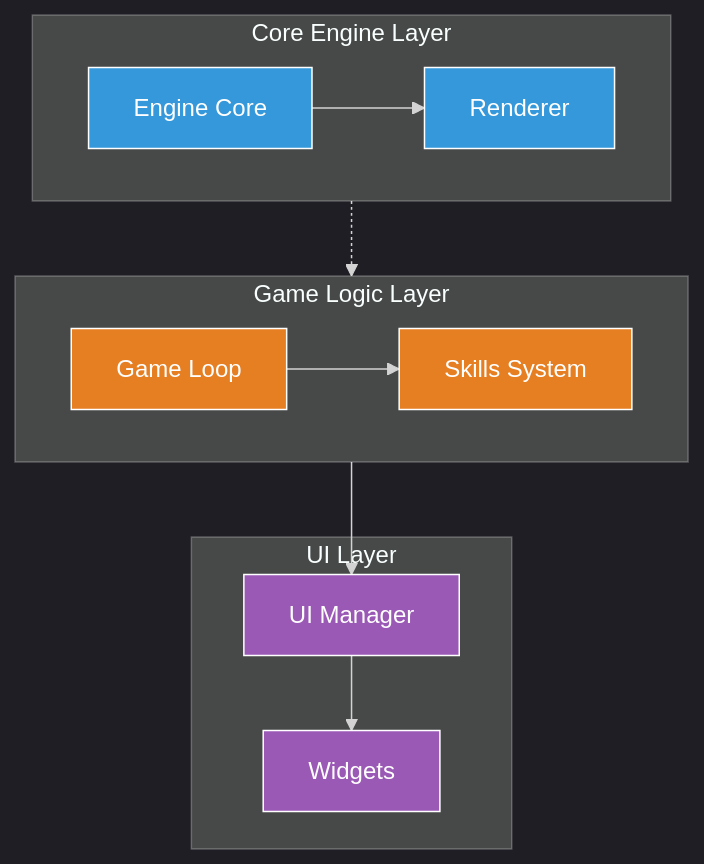
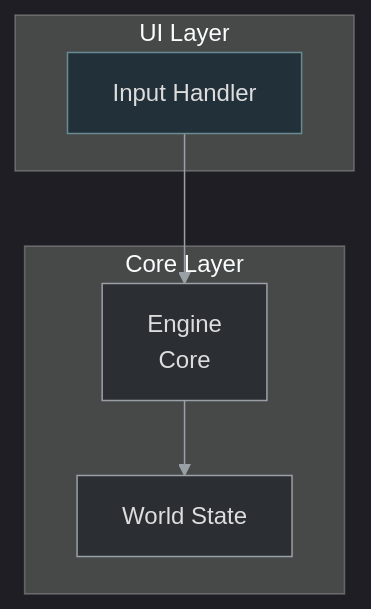
Before and after one commit to lukaszj321/otcv8-dev: the sixth of 6 diagrams in docs/authoring/_instructions/diagram_system/02_VISUAL_GUIDELINES.md, drawn with Mermaid. The commit also changed other lines of this file, not shown here.

First line of the commit message:
Revise visual guidelines for Mermaid diagrams

````diff
--- a/docs/authoring/_instructions/diagram_system/02_VISUAL_GUIDELINES.md
+++ b/docs/authoring/_instructions/diagram_system/02_VISUAL_GUIDELINES.md
@@ -292,36 +223,20 @@
 ```mermaid
-%%{init: {'theme':'dark','securityLevel':'loose'}}%%
+%%{init: {'theme':'dark','themeVariables': {'primaryTextColor':'#ddd','lineColor':'#9aa0a6'}, 'securityLevel':'loose'}}%%
 graph TD
-    subgraph "Core Engine Layer"
-        direction LR
-        Engine["Engine Core"]
-        Renderer["Renderer"]
-    end
-    
-    subgraph "Game Logic Layer"
-        direction LR
-        GameLoop["Game Loop"]
-        Skills["Skills System"]
-    end
-    
-    subgraph "UI Layer"
-        UIManager["UI Manager"]
-        Widgets["Widgets"]
-    end
-    
-    Engine --> Renderer
-    Renderer -.-> GameLoop
-    GameLoop --> Skills
-    Skills --> UIManager
-    UIManager --> Widgets
-    
-    click Skills "./index.html#facet-12_otmod.game_skills" "Open Skills"
-    
-    classDef core fill:#3498db,stroke:#fff,color:#fff
-    classDef game fill:#e67e22,stroke:#fff,color:#fff
-    classDef ui fill:#9b59b6,stroke:#fff,color:#fff
-    
-    class Engine,Renderer core
-    class GameLoop,Skills game
-    class UIManager,Widgets ui
+  subgraph "Core Layer"
+    engine["Engine<br/>Core"]:::core
+    world["World State"]:::core
+  end
+  subgraph "UI Layer"
+    input["Input Handler"]:::ui
+  end
+
+  engine --> world
+  input --> engine
+
+  classDef core fill:#2b2f33,stroke:#9aa0a6,color:#ddd;
+  classDef ui fill:#22303a,stroke:#6a8b92,color:#ddd;
+
+  click engine "./index.html#facet-01_core.engine" "Open Engine docs"
+  %% Fallback: Engine -> ./index.html#facet-01_core.engine
 ```
````
